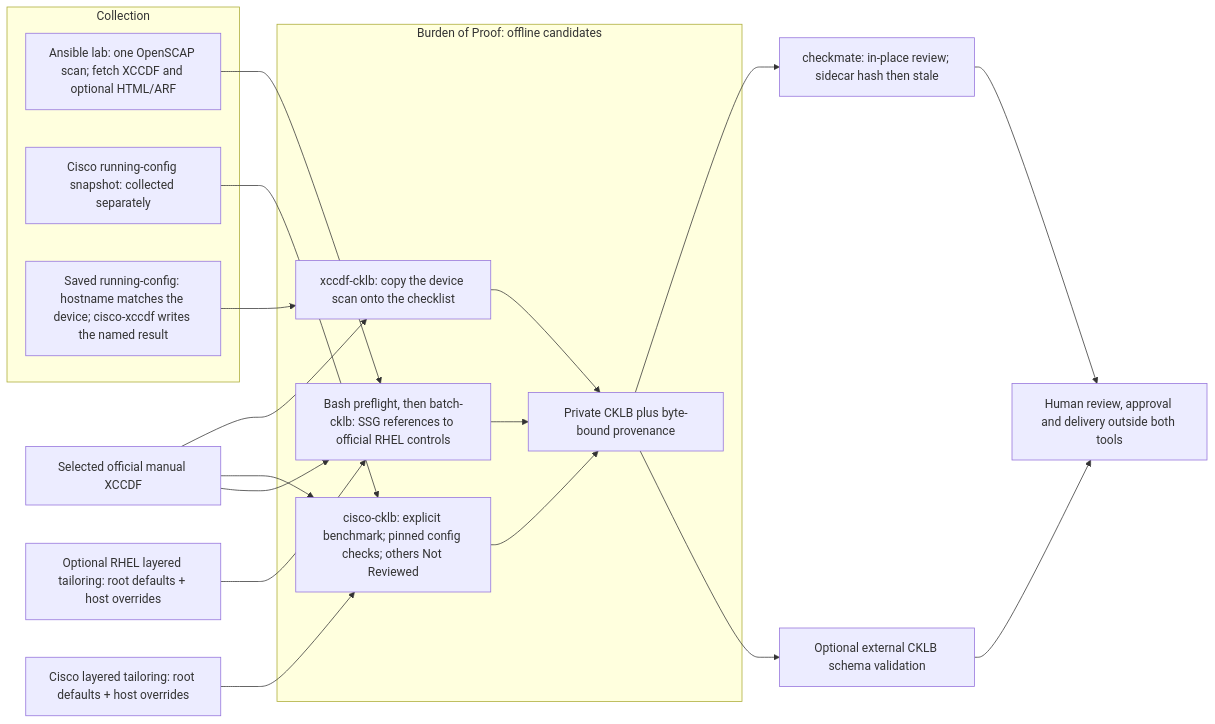
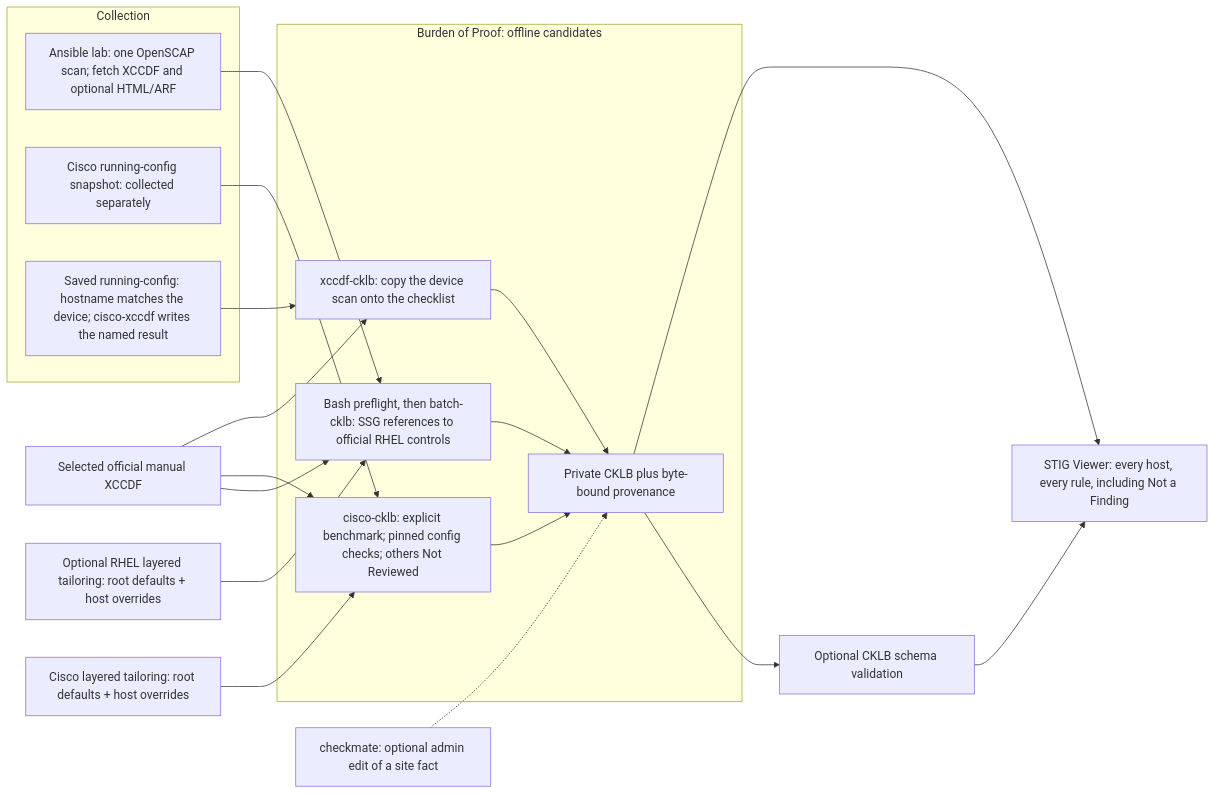
One commit to zcook44/burden-of-proof changed the diagram in README.md. Above: the diagram before and after it, drawn with Mermaid. The commit also changed other lines of this file and 14 other files, not shown here.

First line of the commit message:
Document the 2.1.0 toolkit as one package and a STIG Viewer handoff.

````diff
--- a/README.md
+++ b/README.md
@@ -30,29 +30,29 @@
 ```mermaid
 flowchart LR
     subgraph SOURCES["Collection"]
         lab["Ansible lab: one OpenSCAP scan; fetch XCCDF and optional HTML/ARF"]
         config["Cisco running-config snapshot: collected separately"]
         netscan["Saved running-config: hostname matches the device; cisco-xccdf writes the named result"]
     end
     subgraph CONVERSION["Burden of Proof: offline candidates"]
         rhel["Bash preflight, then batch-cklb: SSG references to official RHEL controls"]
         cisco["cisco-cklb: explicit benchmark; pinned config checks; others Not Reviewed"]
         xccdf["xccdf-cklb: copy the device scan onto the checklist"]
         candidate["Private CKLB plus byte-bound provenance"]
         rhel --> candidate
         cisco --> candidate
         xccdf --> candidate
     end
     lab --> rhel
     config --> cisco
     netscan --> xccdf
     benchmark["Selected official manual XCCDF"] --> rhel
     benchmark --> cisco
     benchmark --> xccdf
     osPolicy["Optional RHEL layered tailoring: root defaults + host overrides"] --> rhel
     ciscoPolicy["Cisco layered tailoring: root defaults + host overrides"] --> cisco
-    candidate --> schema["Optional external CKLB schema validation"]
-    candidate --> editor["checkmate: in-place review; sidecar hash then stale"]
-    schema --> human["Human review, approval and delivery outside both tools"]
-    editor --> human
+    candidate --> schema["Optional CKLB schema validation"]
+    candidate --> viewer["STIG Viewer: every host, every rule, including Not a Finding"]
+    editor["checkmate: optional admin edit of a site fact"] -.-> candidate
+    schema --> viewer
 ```
````
